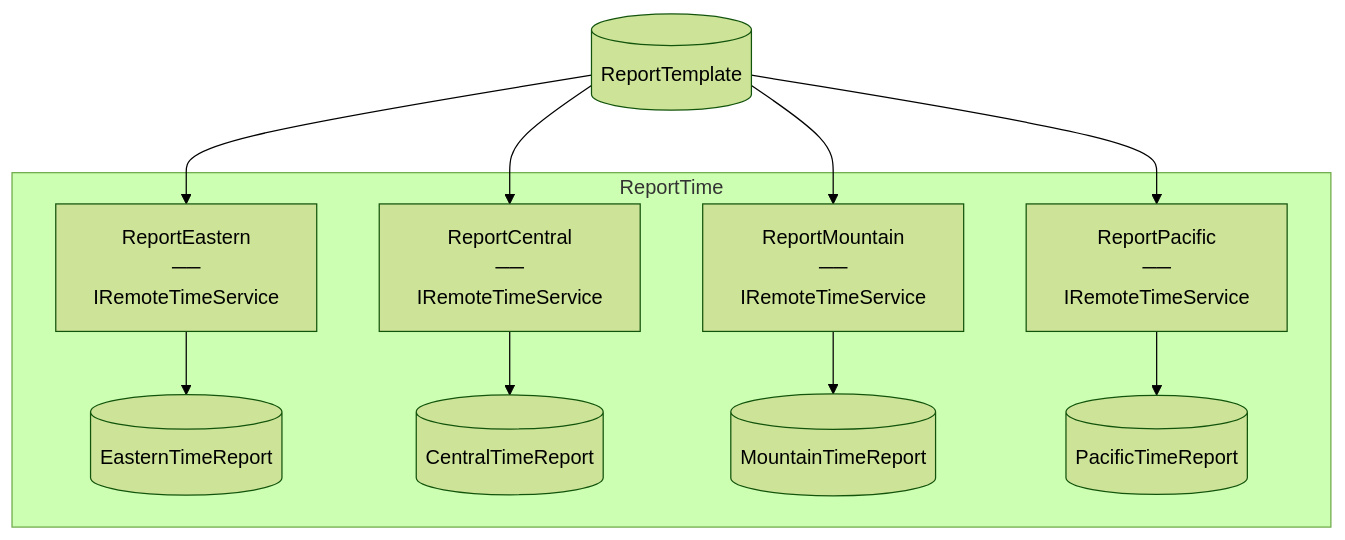
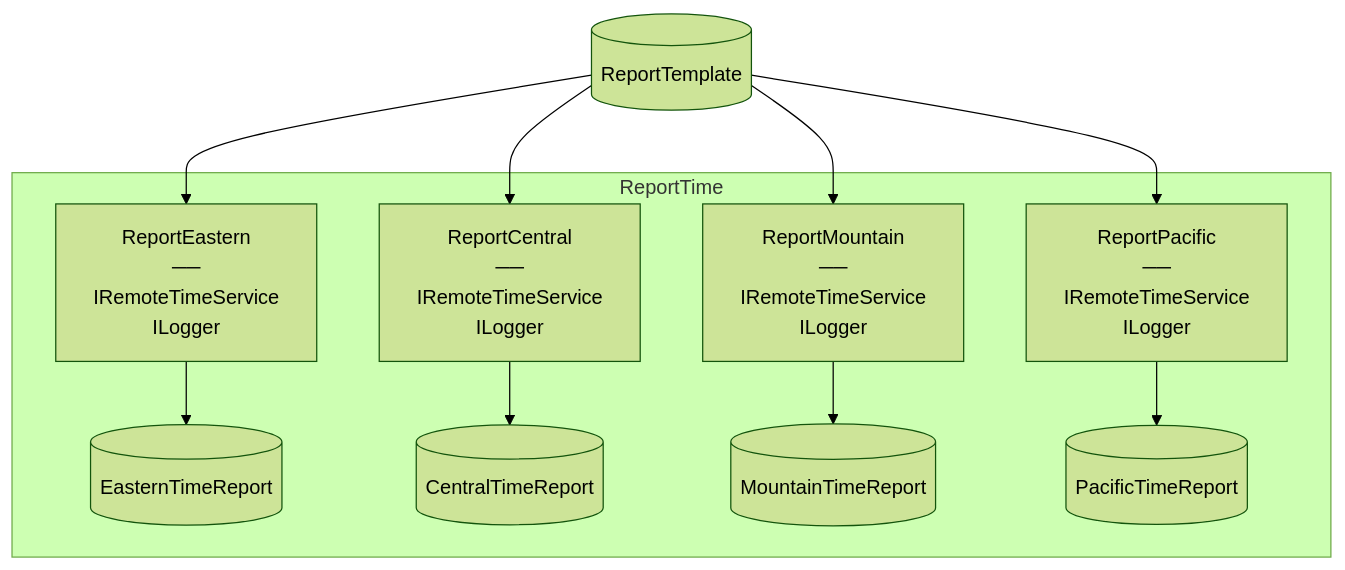
Before and after one commit to chaoticgoodcomputing/flowthru: the diagram in examples/starter/SimpleEffectsExample/README.md, drawn with Mermaid (forest theme). The commit also changed 16 other files, not shown here.

Commit message:
feat: mermaid split-diagrams for >3 flows in a DAG

````diff
--- a/examples/starter/SimpleEffectsExample/README.md
+++ b/examples/starter/SimpleEffectsExample/README.md
@@ -43,28 +43,28 @@
 ```mermaid
 flowchart TB
 
     %% External Data Inputs
     ReportTemplate[("ReportTemplate")]
 
     subgraph ReportTime["ReportTime"]
-        ReportEastern["ReportEastern<br>──<br>IRemoteTimeService"]
+        ReportEastern["ReportEastern<br>──<br>IRemoteTimeService<br>ILogger"]
         EasternTimeReport[("EasternTimeReport")]
-        ReportCentral["ReportCentral<br>──<br>IRemoteTimeService"]
+        ReportCentral["ReportCentral<br>──<br>IRemoteTimeService<br>ILogger"]
         CentralTimeReport[("CentralTimeReport")]
-        ReportMountain["ReportMountain<br>──<br>IRemoteTimeService"]
+        ReportMountain["ReportMountain<br>──<br>IRemoteTimeService<br>ILogger"]
         MountainTimeReport[("MountainTimeReport")]
-        ReportPacific["ReportPacific<br>──<br>IRemoteTimeService"]
+        ReportPacific["ReportPacific<br>──<br>IRemoteTimeService<br>ILogger"]
         PacificTimeReport[("PacificTimeReport")]
     end
 
     %% Edges
     ReportTemplate --> ReportEastern
     ReportEastern --> EasternTimeReport
     ReportTemplate --> ReportCentral
     ReportCentral --> CentralTimeReport
     ReportTemplate --> ReportMountain
     ReportMountain --> MountainTimeReport
     ReportTemplate --> ReportPacific
     ReportPacific --> PacificTimeReport
 
 ```
````
